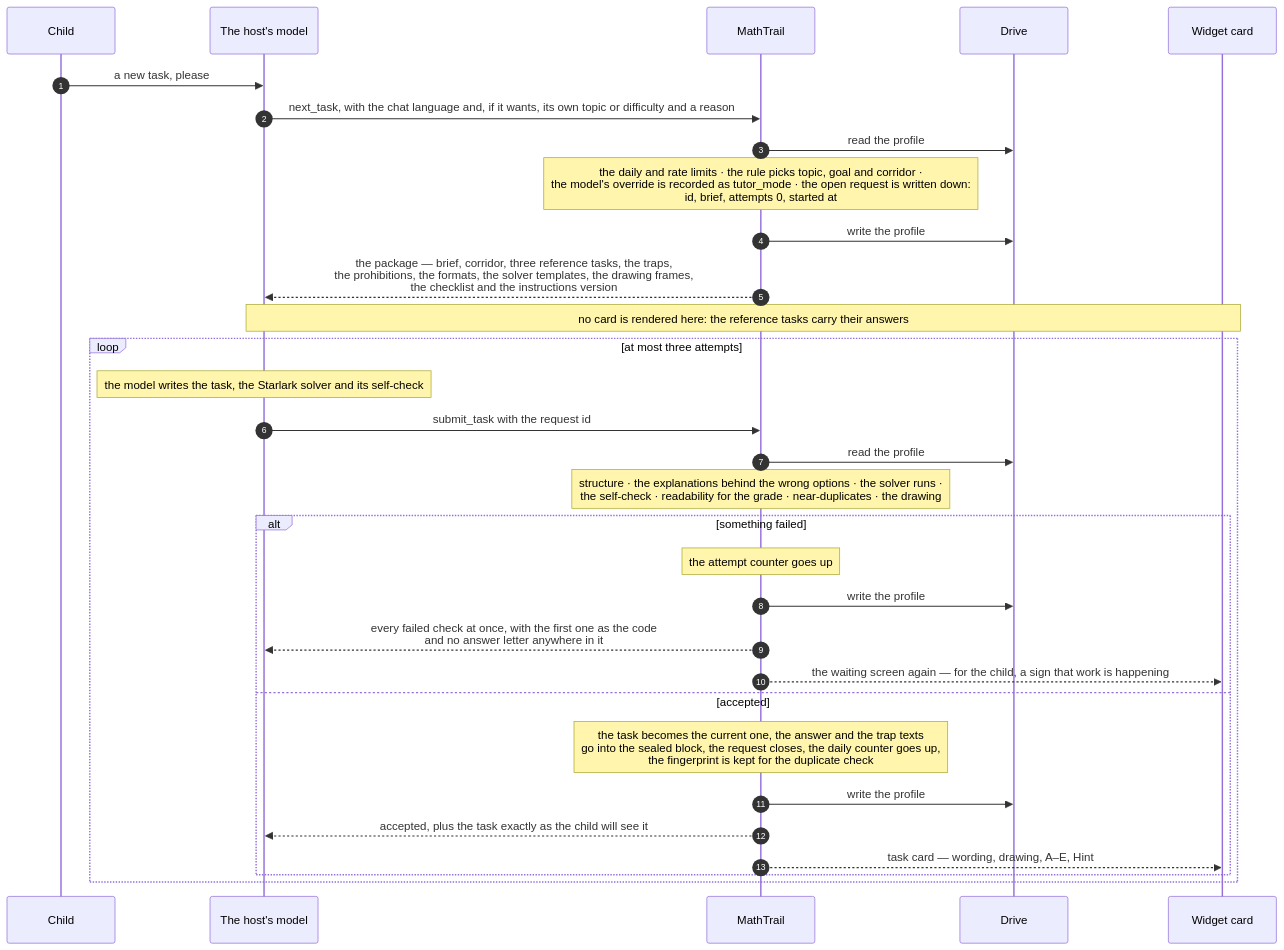
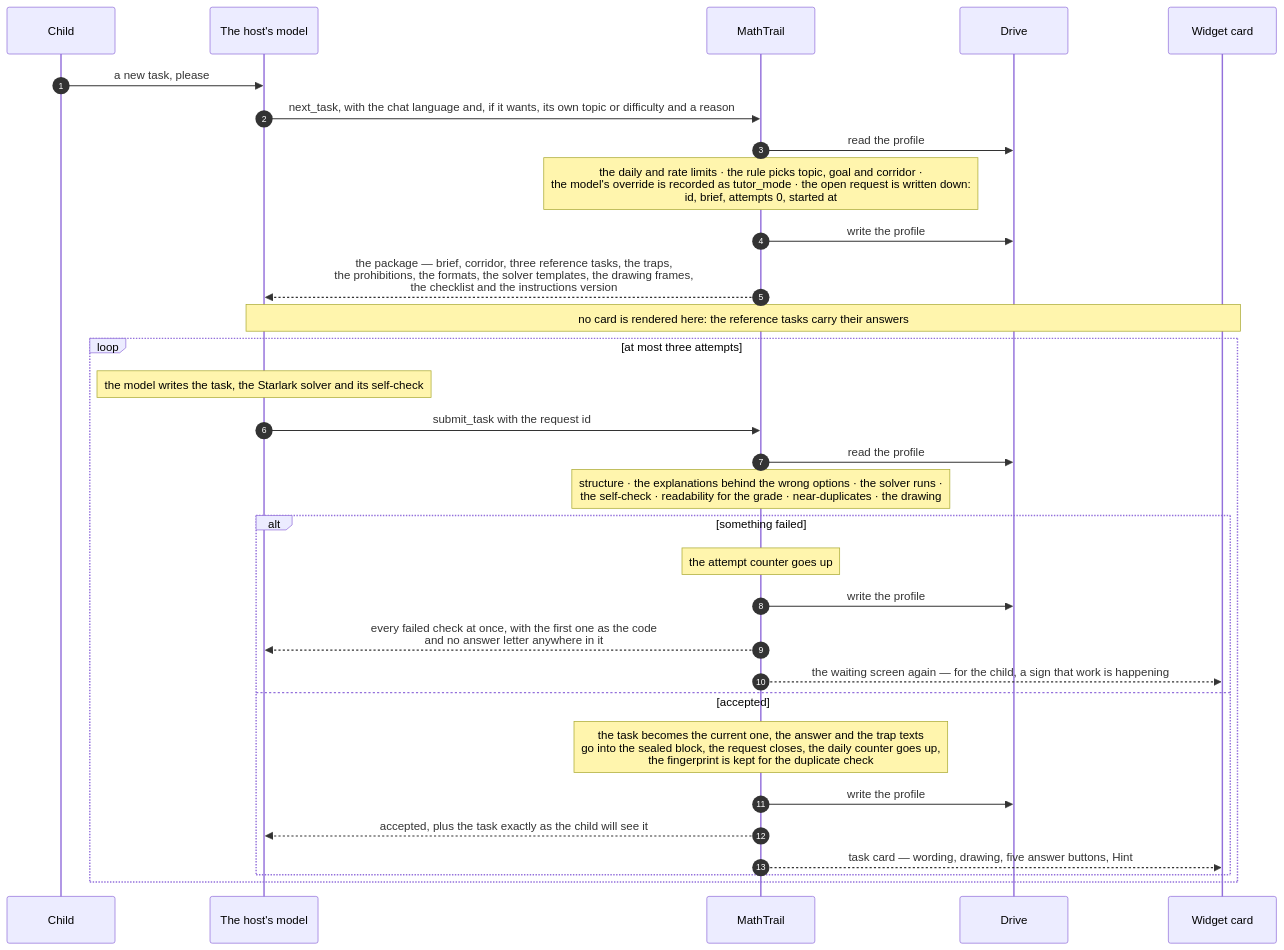
Before and after one commit to MathTrail/mathtrail-standalone: the second of 6 diagrams in docs/architecture/03-flows.md, drawn with Mermaid. The commit also changed other lines of this file and 119 other files, not shown here.

````diff
--- a/docs/architecture/03-flows.md
+++ b/docs/architecture/03-flows.md
@@ -74,35 +74,35 @@
 ```mermaid
 sequenceDiagram
     autonumber
     participant K as Child
     participant M as The host's model
     participant MT as MathTrail
     participant D as Drive
     participant W as Widget card
 
     K->>M: a new task, please
     M->>MT: next_task, with the chat language and, if it wants, its own topic or difficulty and a reason
     MT->>D: read the profile
     Note over MT: the daily and rate limits · the rule picks topic, goal and corridor ·<br/>the model's override is recorded as tutor_mode · the open request is written down:<br/>id, brief, attempts 0, started at
     MT->>D: write the profile
     MT-->>M: the package — brief, corridor, three reference tasks, the traps,<br/>the prohibitions, the formats, the solver templates, the drawing frames,<br/>the checklist and the instructions version
     Note over M,W: no card is rendered here: the reference tasks carry their answers
 
     loop at most three attempts
         Note over M: the model writes the task, the Starlark solver and its self-check
         M->>MT: submit_task with the request id
         MT->>D: read the profile
         Note over MT: structure · the explanations behind the wrong options · the solver runs ·<br/>the self-check · readability for the grade · near-duplicates · the drawing
         alt something failed
             Note over MT: the attempt counter goes up
             MT->>D: write the profile
             MT-->>M: every failed check at once, with the first one as the code<br/>and no answer letter anywhere in it
             MT-->>W: the waiting screen again — for the child, a sign that work is happening
         else accepted
             Note over MT: the task becomes the current one, the answer and the trap texts<br/>go into the sealed block, the request closes, the daily counter goes up,<br/>the fingerprint is kept for the duplicate check
             MT->>D: write the profile
             MT-->>M: accepted, plus the task exactly as the child will see it
-            MT-->>W: task card — wording, drawing, A–E, Hint
+            MT-->>W: task card — wording, drawing, five answer buttons, Hint
         end
     end
 ```
````
